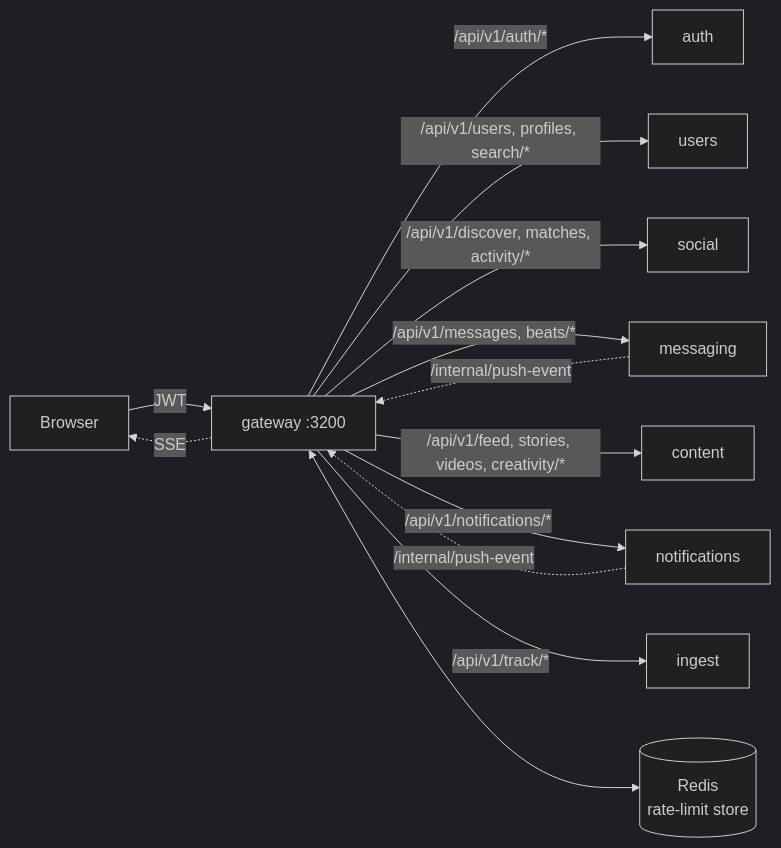
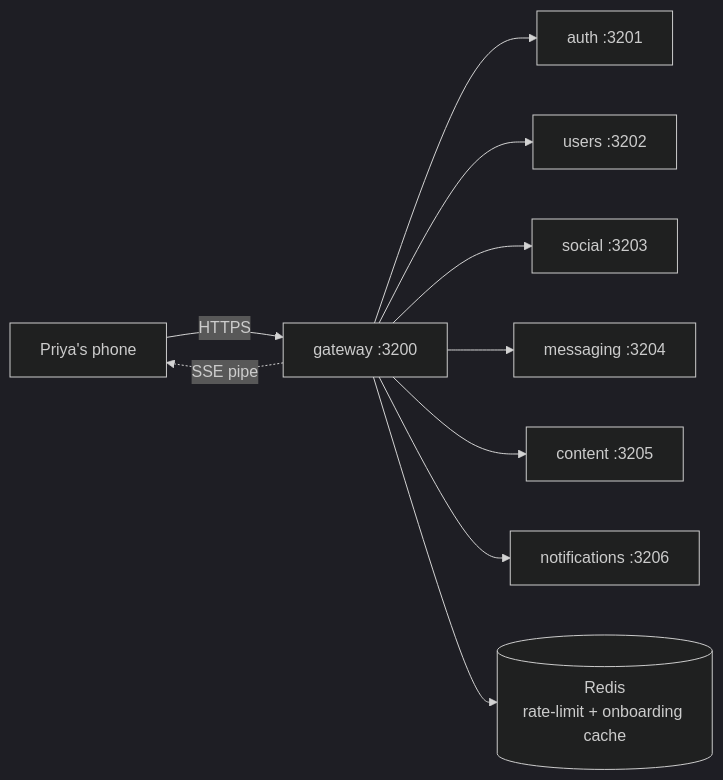
Before and after one commit to shashisingh007/Miamo: the diagram in services/gateway/README.md, drawn with Mermaid (dark theme). The commit also changed other lines of this file and 20 other files, not shown here.

````diff
--- a/services/gateway/README.md
+++ b/services/gateway/README.md
@@ -9,15 +16,12 @@
 ```mermaid
 flowchart LR
-  BR[Browser] -->|JWT| GW[gateway :3200]
-  GW -->|/api/v1/auth/*| AU[auth]
-  GW -->|/api/v1/users, profiles, search/*| US[users]
-  GW -->|/api/v1/discover, matches, activity/*| SO[social]
-  GW -->|/api/v1/messages, beats/*| MS[messaging]
-  GW -->|/api/v1/feed, stories, videos, creativity/*| CO[content]
-  GW -->|/api/v1/notifications/*| NO[notifications]
-  GW -->|/api/v1/track/*| IN[ingest]
-  NO -.->|/internal/push-event| GW
-  MS -.->|/internal/push-event| GW
-  GW -.->|SSE| BR
-  GW <--> RD[(Redis<br/>rate-limit store)]
+    Priya[Priya's phone] --HTTPS--> GW[gateway :3200]
+    GW --> Auth[auth :3201]
+    GW --> Users[users :3202]
+    GW --> Social[social :3203]
+    GW --> Msg[messaging :3204]
+    GW --> Content[content :3205]
+    GW --> Notif[notifications :3206]
+    GW --> R[(Redis<br/>rate-limit + onboarding cache)]
+    GW -. SSE pipe .-> Priya
 ```
````
